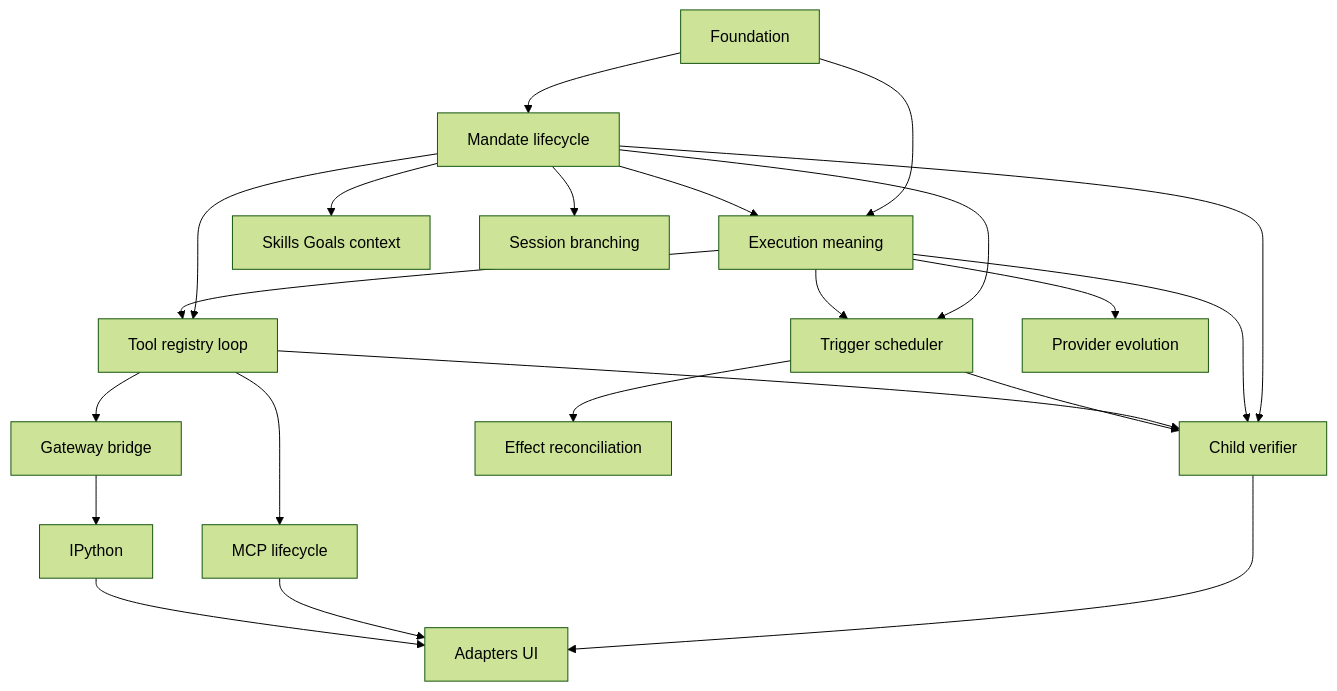
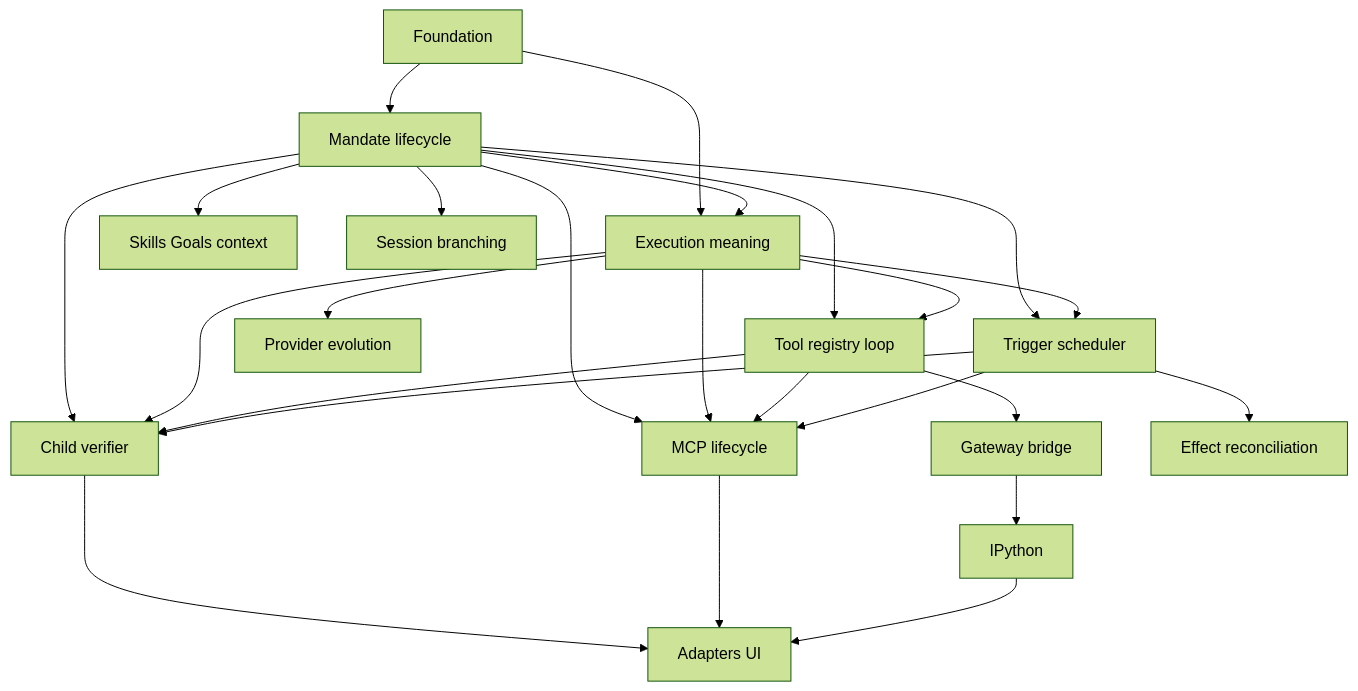
Before and after one commit to y0tsy/intention-relay: the diagram in docs/intention-relay/reconciliation/ownership-and-dependency-map.md, drawn with Mermaid (forest theme). The commit also changed other lines of this file and 21 other files, not shown here.

Commit message:
docs(architecture): define mandate mcp lifecycle

````diff
--- a/docs/intention-relay/reconciliation/ownership-and-dependency-map.md
+++ b/docs/intention-relay/reconciliation/ownership-and-dependency-map.md
@@ -23,24 +24,27 @@
 ```mermaid
 flowchart TD
   F[Foundation] --> E[Execution meaning]
   F --> M[Mandate lifecycle]
   M --> E
   M --> T[Tool registry loop]
   E --> T
   M --> S[Trigger scheduler]
   E --> S
   M --> C[Child verifier]
   E --> C
   T --> C
   S --> C
+  M --> P[MCP lifecycle]
+  E --> P
   T --> G[Gateway bridge]
   S --> X[Effect reconciliation]
-  T --> P[MCP lifecycle]
+  T --> P
+  S --> P
   M --> K[Skills Goals context]
   G --> I[IPython]
   E --> V[Provider evolution]
   M --> B[Session branching]
   C --> U[Adapters UI]
   P --> U
   I --> U
 ```
````
